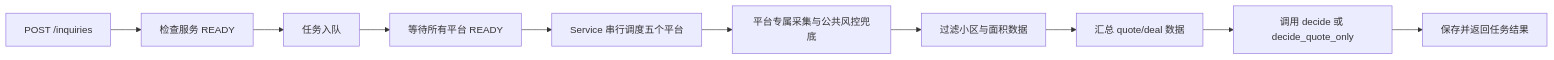
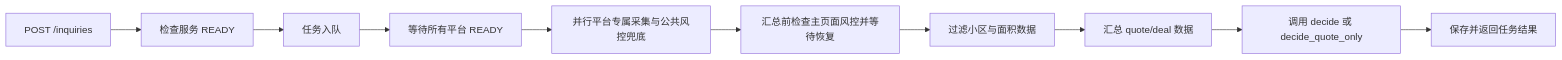
Before and after one commit to Hr222/house-rpa: the fourth of 4 diagrams in docs/系统架构与运行时状态.md, drawn with Mermaid. The commit also changed other lines of this file and 35 other files, not shown here.

````diff
--- a/docs/系统架构与运行时状态.md
+++ b/docs/系统架构与运行时状态.md
@@ -178,12 +183,12 @@
 ```mermaid
 flowchart LR
     A["POST /inquiries"] --> B["检查服务 READY"]
     B --> C["任务入队"]
     C --> D["等待所有平台 READY"]
-    D --> E["Service 串行调度五个平台"]
-    E --> F["平台专属采集与公共风控兜底"]
+    D --> E["并行平台专属采集与公共风控兜底"]
+    E --> F["汇总前检查主页面风控并等待恢复"]
     F --> G["过滤小区与面积数据"]
     G --> H["汇总 quote/deal 数据"]
     H --> I["调用 decide 或 decide_quote_only"]
     I --> J["保存并返回任务结果"]
 ```
````
